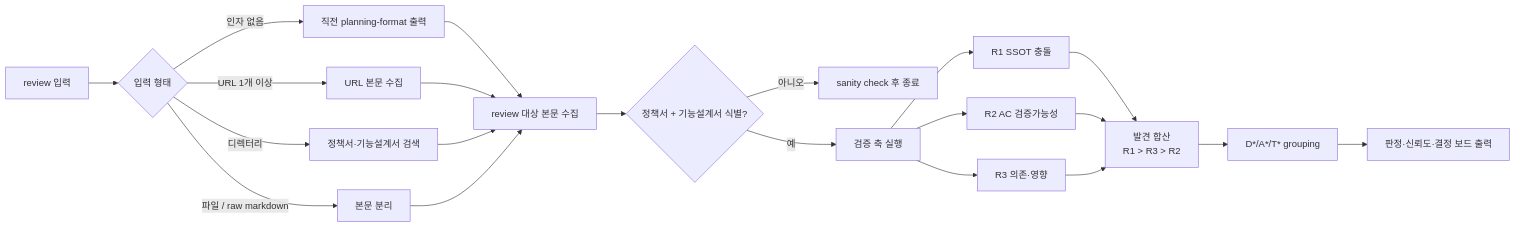
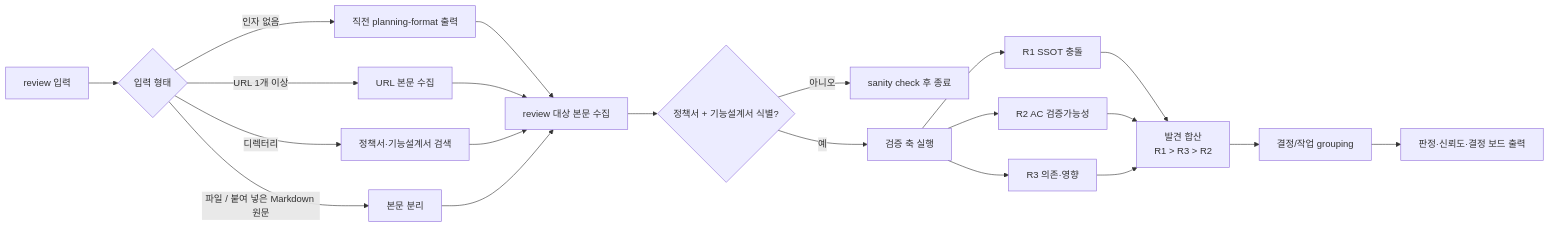
Before and after one commit to inkwonjung-colosseum/plugins: the third of 7 diagrams in planning-kit/docs/planning-kit-workflow-guide.md, drawn with Mermaid. The commit also changed other lines of this file and 19 other files, not shown here.

````diff
--- a/planning-kit/docs/planning-kit-workflow-guide.md
+++ b/planning-kit/docs/planning-kit-workflow-guide.md
@@ -139,27 +141,27 @@
 ```mermaid
 flowchart LR
   A["review 입력"] --> B{"입력 형태"}
   B -->|"인자 없음"| C["직전 planning-format 출력"]
   B -->|"URL 1개 이상"| D["URL 본문 수집"]
   B -->|"디렉터리"| E["정책서·기능설계서 검색"]
-  B -->|"파일 / raw markdown"| F["본문 분리"]
+  B -->|"파일 / 붙여 넣은 Markdown 원문"| F["본문 분리"]
 
   C --> G["review 대상 본문 수집"]
   D --> G
   E --> G
   F --> G
 
   G --> H{"정책서 + 기능설계서 식별?"}
   H -->|"아니오"| X["sanity check 후 종료"]
   H -->|"예"| I["검증 축 실행"]
 
   I --> J["R1 SSOT 충돌"]
   I --> K["R2 AC 검증가능성"]
   I --> L["R3 의존·영향"]
 
   J --> M["발견 합산<br/>R1 > R3 > R2"]
   K --> M
   L --> M
-  M --> N["D*/A*/T* grouping"]
+  M --> N["결정/작업 grouping"]
   N --> O["판정·신뢰도·결정 보드 출력"]
 ```
````
